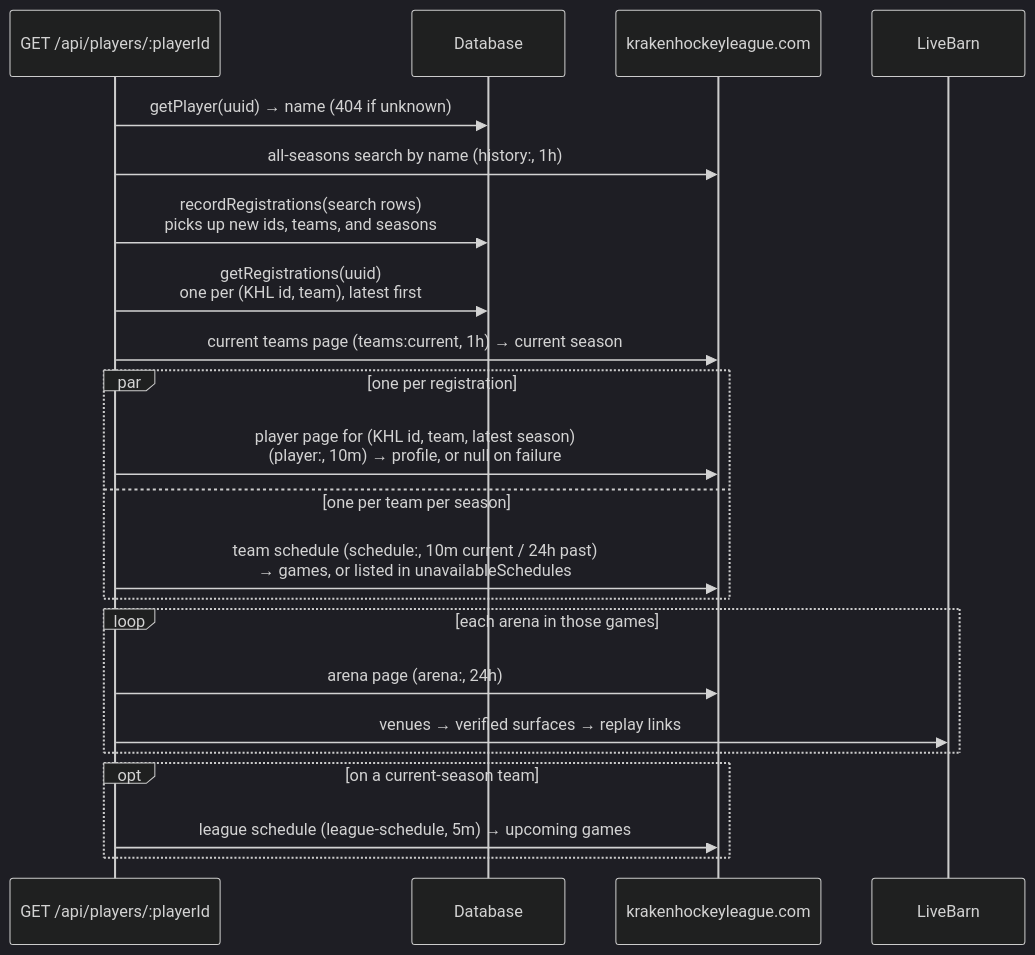
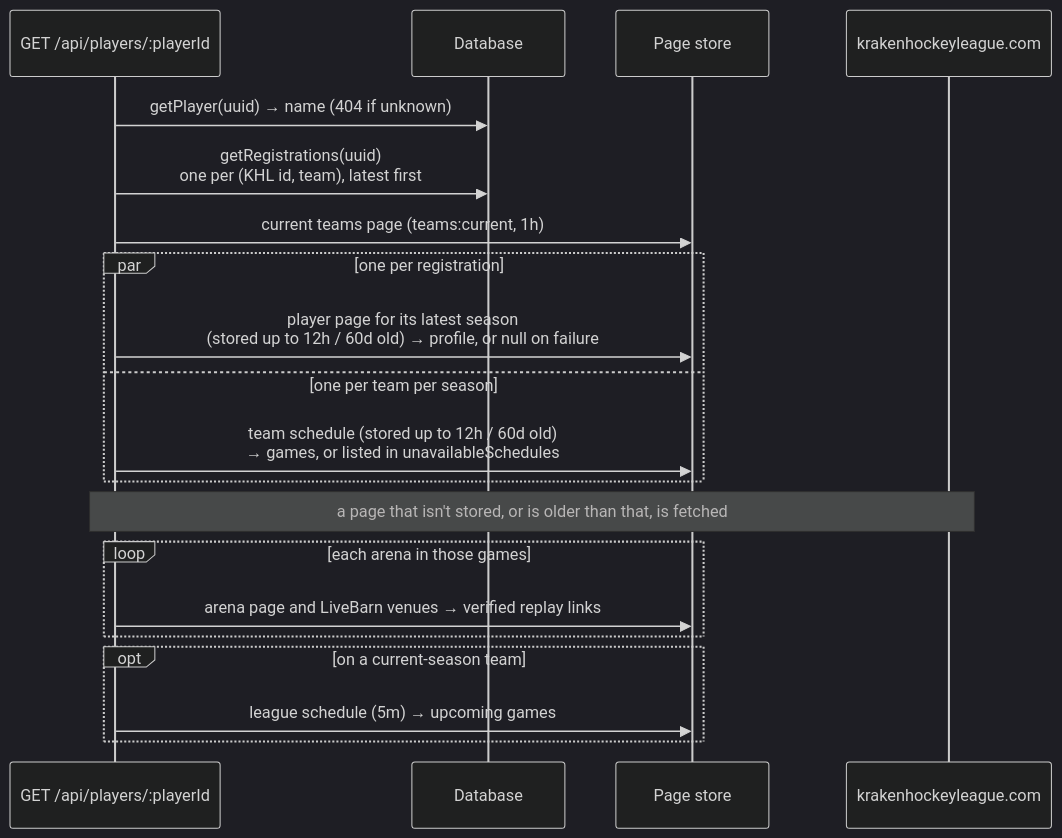
One commit to dvdzkwsk/dvdzkwsk changed the fifth of 7 diagrams in projects/khl/ARCHITECTURE.md. Above: the diagram before and after it, drawn with Mermaid (dark theme). The commit also changed other lines of this file and 19 other files, not shown here.

First line of the commit message:
KHL: sync every season, team, player, and game, and read activity from tables

````diff
--- a/projects/khl/ARCHITECTURE.md
+++ b/projects/khl/ARCHITECTURE.md
@@ -154,24 +168,22 @@
 ```mermaid
 sequenceDiagram
     participant H as GET /api/players/:playerId
     participant DB as Database
+    participant P as Page store
     participant KHL as krakenhockeyleague.com
-    participant LB as LiveBarn
     H->>DB: getPlayer(uuid) → name (404 if unknown)
-    H->>KHL: all-seasons search by name (history:, 1h)
-    H->>DB: recordRegistrations(search rows)<br/>picks up new ids, teams, and seasons
     H->>DB: getRegistrations(uuid)<br/>one per (KHL id, team), latest first
-    H->>KHL: current teams page (teams:current, 1h) → current season
+    H->>P: current teams page (teams:current, 1h)
     par one per registration
-        H->>KHL: player page for (KHL id, team, latest season)<br/>(player:, 10m) → profile, or null on failure
+        H->>P: player page for its latest season<br/>(stored up to 12h / 60d old) → profile, or null on failure
     and one per team per season
-        H->>KHL: team schedule (schedule:, 10m current / 24h past)<br/>→ games, or listed in unavailableSchedules
+        H->>P: team schedule (stored up to 12h / 60d old)<br/>→ games, or listed in unavailableSchedules
     end
+    Note over H,KHL: a page that isn't stored, or is older than that, is fetched
     loop each arena in those games
-        H->>KHL: arena page (arena:, 24h)
-        H->>LB: venues → verified surfaces → replay links
+        H->>P: arena page and LiveBarn venues → verified replay links
     end
     opt on a current-season team
-        H->>KHL: league schedule (league-schedule, 5m) → upcoming games
+        H->>P: league schedule (5m) → upcoming games
     end
 ```
````
